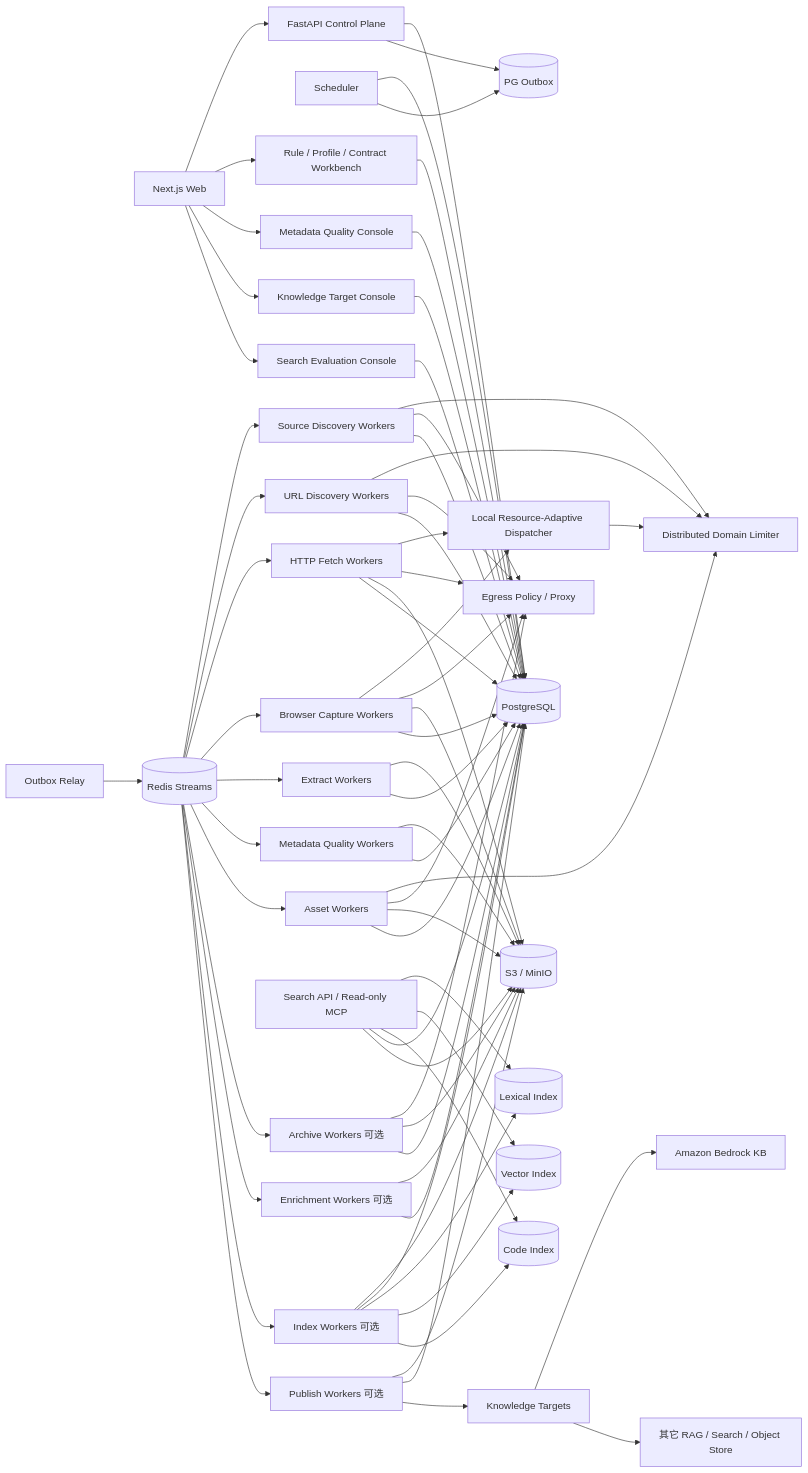
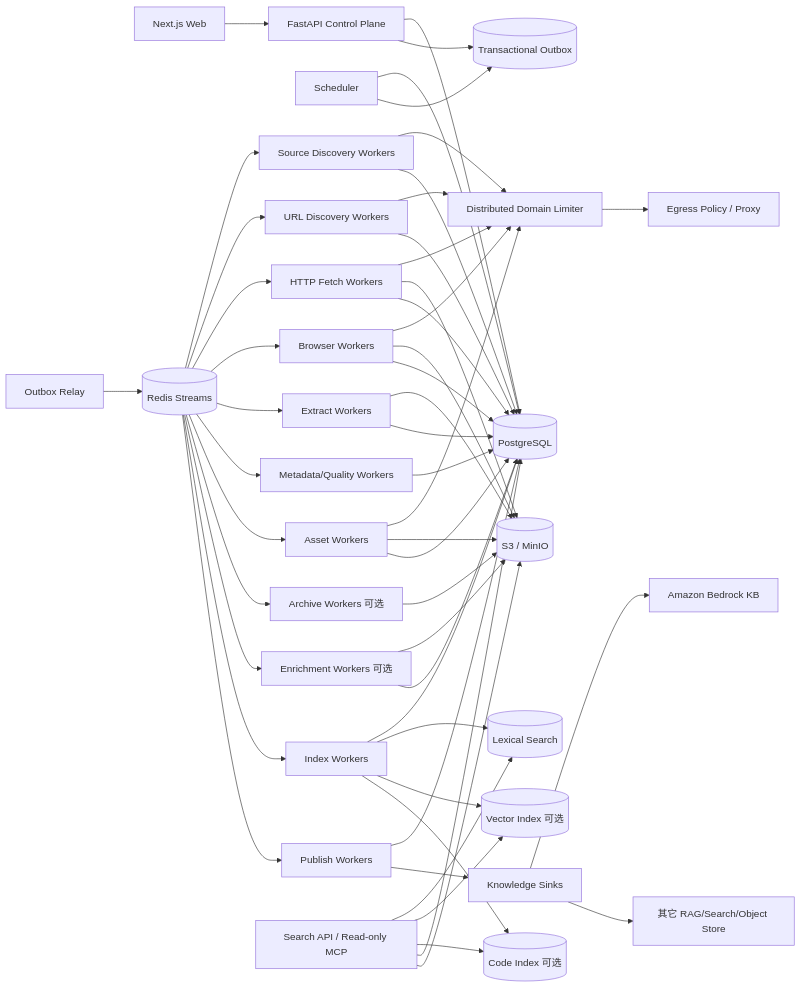
The diagram in 博客知识库技术方案.md (WorkerXu/my-doc), drawn with Mermaid before and after one commit. The commit also changed other lines of this file, not shown here.

````diff
--- a/博客知识库技术方案.md
+++ b/博客知识库技术方案.md
@@ -75,79 +70,59 @@
 ```mermaid
 flowchart LR
     UI[Next.js Web] --> API[FastAPI Control Plane]
     API --> PG[(PostgreSQL)]
-    API --> OUT[(PG Outbox)]
+    API --> OUT[(Transactional Outbox)]
     SCHED[Scheduler] --> PG
     SCHED --> OUT
-    RELAY[Outbox Relay] --> REDIS[(Redis Streams)]
+    RELAY[Outbox Relay] --> Q[(Redis Streams)]
 
-    REDIS --> SD[Source Discovery Workers]
-    REDIS --> UD[URL Discovery Workers]
-    REDIS --> HF[HTTP Fetch Workers]
-    REDIS --> BF[Browser Capture Workers]
-    REDIS --> EX[Extract Workers]
-    REDIS --> MQ[Metadata Quality Workers]
-    REDIS --> AS[Asset Workers]
-    REDIS --> AR[Archive Workers 可选]
-    REDIS --> EN[Enrichment Workers 可选]
-    REDIS --> IX[Index Workers 可选]
-    REDIS --> PW[Publish Workers 可选]
+    Q --> SD[Source Discovery Workers]
+    Q --> UD[URL Discovery Workers]
+    Q --> HF[HTTP Fetch Workers]
+    Q --> BF[Browser Workers]
+    Q --> EX[Extract Workers]
+    Q --> MQ[Metadata/Quality Workers]
+    Q --> AS[Asset Workers]
+    Q --> AR[Archive Workers 可选]
+    Q --> EN[Enrichment Workers 可选]
+    Q --> IX[Index Workers]
+    Q --> PW[Publish Workers]
 
-    HF --> RAD[Local Resource-Adaptive Dispatcher]
-    BF --> RAD
-    RAD --> LIM[Distributed Domain Limiter]
-    SD --> LIM
+    SD --> LIM[Distributed Domain Limiter]
     UD --> LIM
+    HF --> LIM
+    BF --> LIM
     AS --> LIM
+    LIM --> EG[Egress Policy / Proxy]
 
-    SD --> EG[Egress Policy / Proxy]
-    UD --> EG
-    HF --> EG
-    BF --> EG
-    AS --> EG
-    AR --> EG
-
-    HF --> S3[(S3 / MinIO)]
-    BF --> S3
-    EX --> S3
-    MQ --> S3
-    AS --> S3
-    AR --> S3
-    EN --> S3
-    IX --> S3
-    PW --> S3
+    HF --> OBJ[(S3 / MinIO)]
+    BF --> OBJ
+    EX --> OBJ
+    AS --> OBJ
+    AR --> OBJ
+    EN --> OBJ
 
     SD --> PG
     UD --> PG
     HF --> PG
     BF --> PG
     EX --> PG
     MQ --> PG
     AS --> PG
-    AR --> PG
     EN --> PG
     IX --> PG
     PW --> PG
 
-    IX --> LEX[(Lexical Index)]
-    IX --> VEC[(Vector Index)]
-    IX --> CODE[(Code Index)]
+    IX --> LEX[(Lexical Search)]
+    IX --> VEC[(Vector Index 可选)]
+    IX --> CODE[(Code Index 可选)]
     SEARCH[Search API / Read-only MCP] --> LEX
     SEARCH --> VEC
     SEARCH --> CODE
     SEARCH --> PG
-    SEARCH --> S3
+    SEARCH --> OBJ
 
-    PW --> KT[Knowledge Targets]
-    KT --> BDK[Amazon Bedrock KB]
-    KT --> EXT[其它 RAG / Search / Object Store]
-
-    UI --> RC[Rule / Profile / Contract Workbench]
-    UI --> MC[Metadata Quality Console]
-    UI --> KC[Knowledge Target Console]
-    UI --> SC[Search Evaluation Console]
-    RC --> PG
-    MC --> PG
-    KC --> PG
-    SC --> PG
+    PW --> SINK[Knowledge Sinks]
+    SINK --> BEDROCK[Amazon Bedrock KB]
+    SINK --> EXT[其它 RAG/Search/Object Store]
 ```
````
